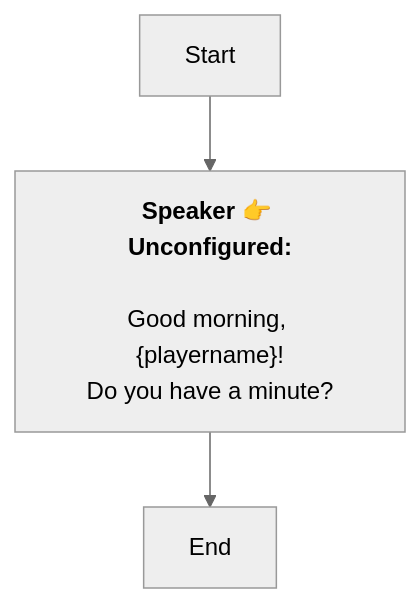
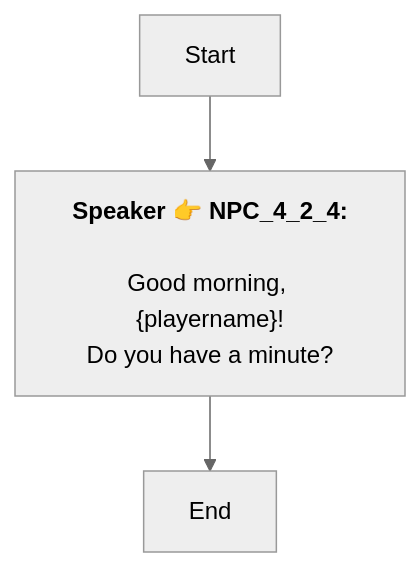
The diagram in En/Dialog_55274881955692.md (SoftHu/tos_avg), drawn with Mermaid (neutral theme) before and after one commit. The commit also changed 737 other files, not shown here.

````diff
--- a/En/Dialog_55274881955692.md
+++ b/En/Dialog_55274881955692.md
@@ -1,9 +1,8 @@
 ```mermaid
 graph
-Start -->1768796544022523[<b>Speaker 👉 Unconfigured:</b>
-
-Good morning, &lbrace;playername&rbrace;!
+Start -->1768796544022523[<b>Speaker 👉 NPC_4_2_4:</b>
+\nGood morning, &lbrace;playername&rbrace;!
 Do you have a minute?]
 1768796544022523 -->1768796546813948[End]
 
- ```
+```
````
